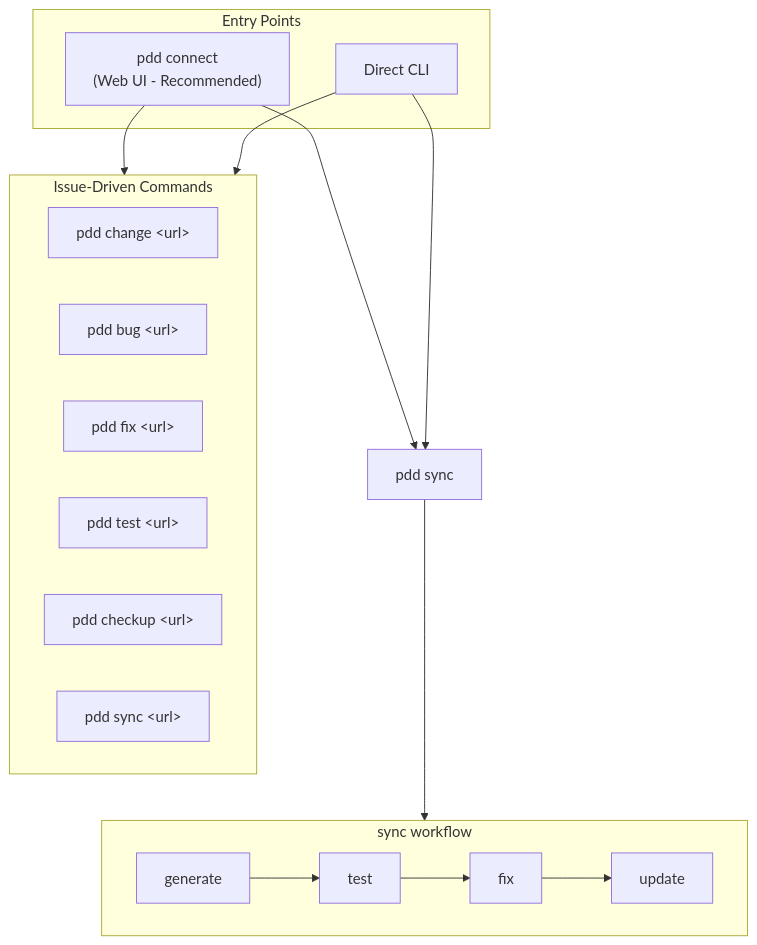
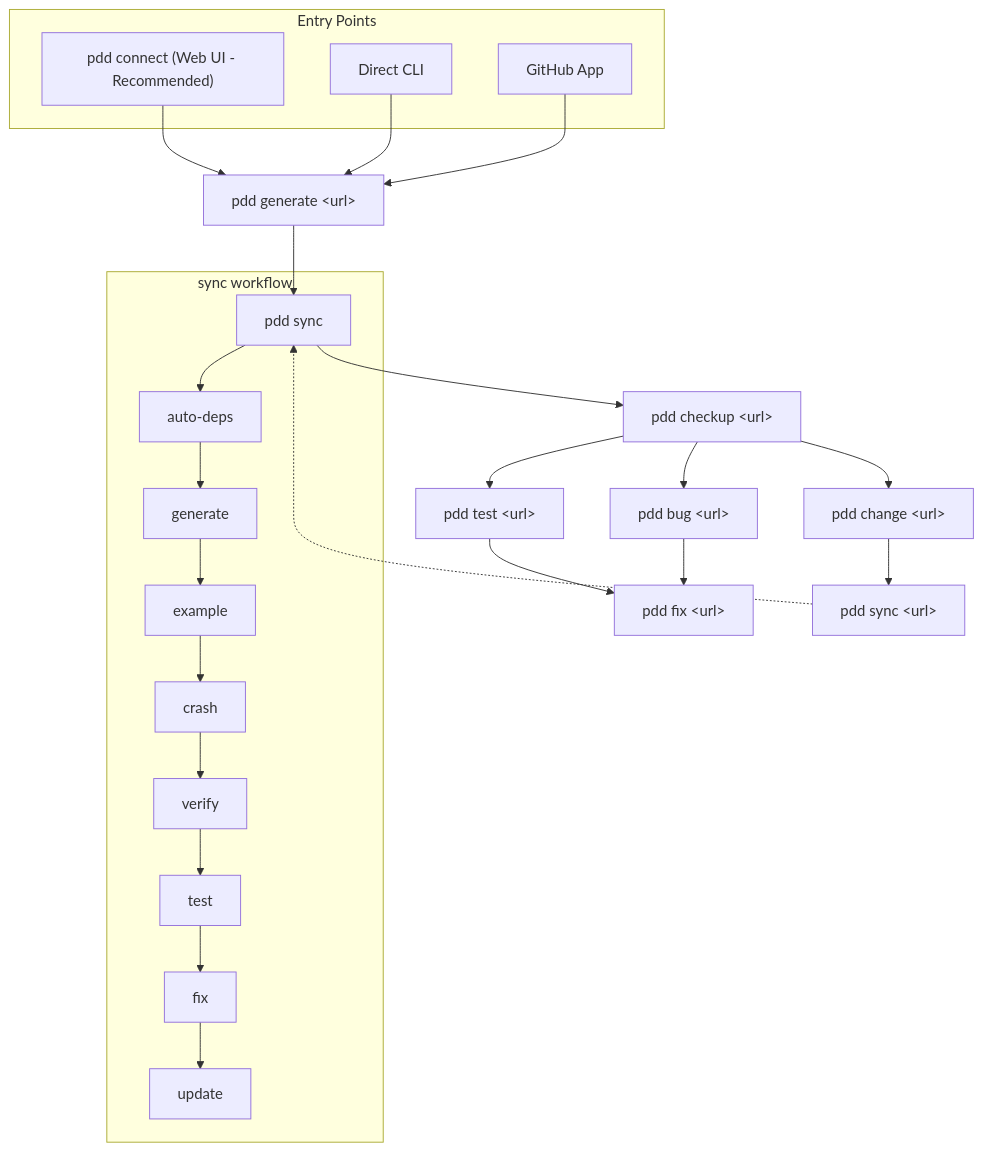
Before and after one commit to promptdriven/pdd: the diagram in README.md, drawn with Mermaid. The commit also changed other lines of this file and 23 other files, not shown here.

Commit message:
feat: implement module grouping in the architecture view, add new rendering stream API, and refine render preview button state.

````diff
--- a/README.md
+++ b/README.md
@@ -519,30 +519,50 @@
 ```mermaid
-flowchart TB
-    subgraph entry["Entry Points"]
-        connect["pdd connect<br/>(Web UI - Recommended)"]
+graph TB
+    subgraph Entry Points
+        connect["pdd connect (Web UI - Recommended)"]
         cli["Direct CLI"]
+        ghapp["GitHub App"]
     end
 
-    subgraph issue["Issue-Driven Commands"]
-        change["pdd change &lt;url&gt;"]
-        bug["pdd bug &lt;url&gt;"]
-        fix_url["pdd fix &lt;url&gt;"]
-        test_url["pdd test &lt;url&gt;"]
-        checkup["pdd checkup &lt;url&gt;"]
-        sync_url["pdd sync &lt;url&gt;"]
+    gen_url["pdd generate &lt;url&gt;"]
+
+    subgraph sync workflow
+        sync["pdd sync"]
+        s_deps["auto-deps"]
+        s_gen["generate"]
+        s_example["example"]
+        s_crash["crash"]
+        s_verify["verify"]
+        s_test["test"]
+        s_fix["fix"]
+        s_update["update"]
     end
 
-    sync["pdd sync"]
+    checkup["pdd checkup &lt;url&gt;"]
+    test_url["pdd test &lt;url&gt;"]
+    bug_url["pdd bug &lt;url&gt;"]
+    fix_url["pdd fix &lt;url&gt;"]
+    change["pdd change &lt;url&gt;"]
+    sync_url["pdd sync &lt;url&gt;"]
 
-    subgraph sync_flow["sync workflow"]
-        direction LR
-        generate["generate"] --> test["test"] --> fix["fix"] --> update["update"]
-    end
-
-    connect --> issue
-    connect --> sync
-    cli --> issue
-    cli --> sync
-
-    sync --> sync_flow
+    connect --> gen_url
+    cli --> gen_url
+    ghapp --> gen_url
+    gen_url --> sync
+    sync --> s_deps
+    s_deps --> s_gen
+    s_gen --> s_example
+    s_example --> s_crash
+    s_crash --> s_verify
+    s_verify --> s_test
+    s_test --> s_fix
+    s_fix --> s_update
+    sync --> checkup
+    checkup --> test_url
+    checkup --> bug_url
+    checkup --> change
+    test_url --> fix_url
+    bug_url --> fix_url
+    change --> sync_url
+    sync_url -.-> sync
 ```
````
